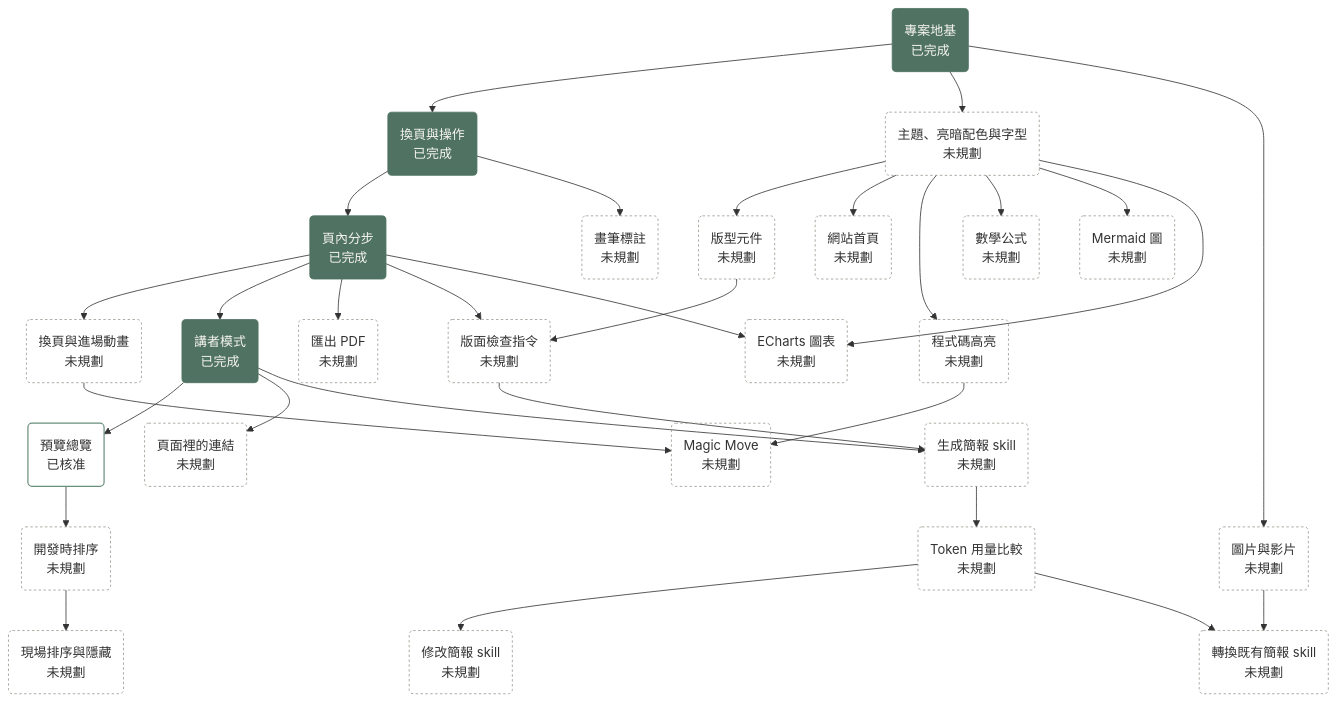
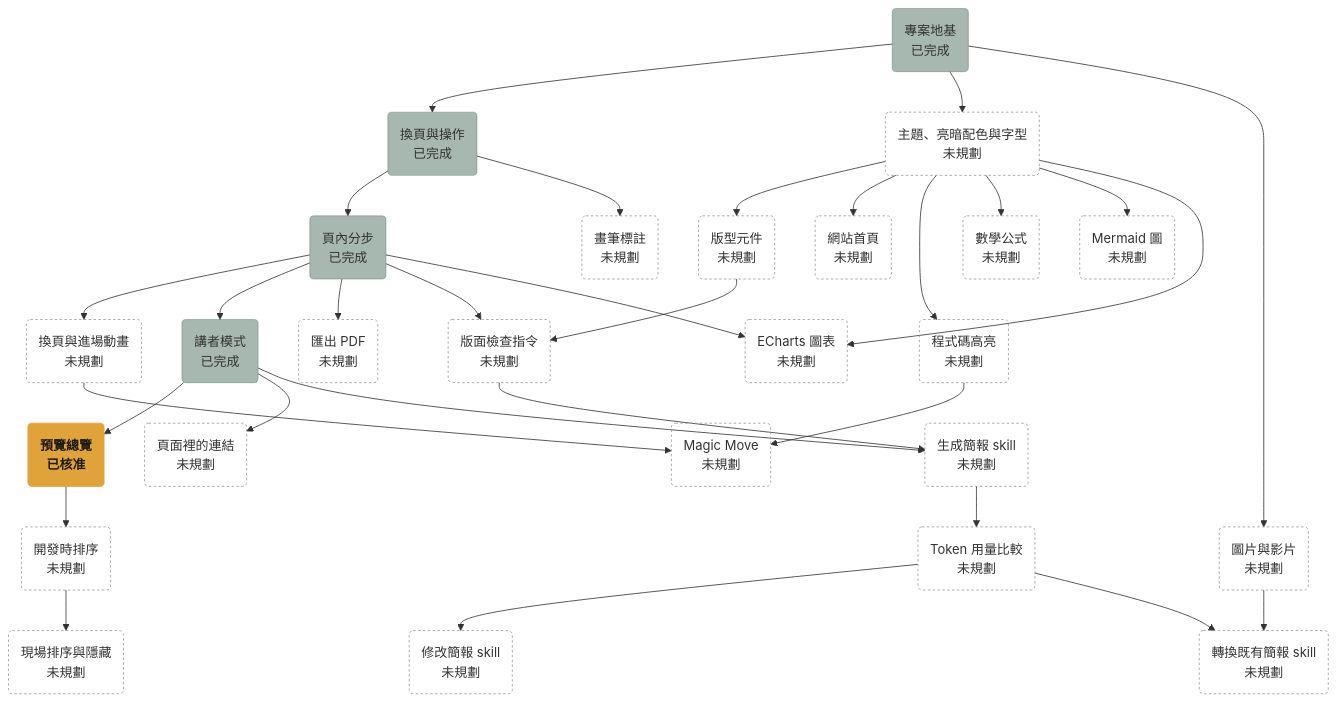
The diagram in docs/plans/roadmap.md (bingyangchen/diapo), drawn with Mermaid before and after one commit. The commit also changed 1 other file, not shown here.

Commit message:
Highlight approved nodes in the roadmap graph (#21)

````diff
--- a/docs/plans/roadmap.md
+++ b/docs/plans/roadmap.md
@@ -7,48 +7,48 @@
 ```mermaid
 flowchart TD
   foundation("專案地基<br/>已完成"):::done
   navigation("換頁與操作<br/>已完成"):::done
   steps("頁內分步<br/>已完成"):::done
   transitions("換頁與進場動畫<br/>未規劃"):::unplanned
   magic_move("Magic Move<br/>未規劃"):::unplanned
   overview("預覽總覽<br/>已核准"):::approved
   dev_reorder("開發時排序<br/>未規劃"):::unplanned
   onsite_reorder("現場排序與隱藏<br/>未規劃"):::unplanned
   annotation("畫筆標註<br/>未規劃"):::unplanned
   page_links("頁面裡的連結<br/>未規劃"):::unplanned
   presenter_mode("講者模式<br/>已完成"):::done
   theme("主題、亮暗配色與字型<br/>未規劃"):::unplanned
   layouts("版型元件<br/>未規劃"):::unplanned
   media("圖片與影片<br/>未規劃"):::unplanned
   code_highlight("程式碼高亮<br/>未規劃"):::unplanned
   math("數學公式<br/>未規劃"):::unplanned
   mermaid_diagram("Mermaid 圖<br/>未規劃"):::unplanned
   charts("ECharts 圖表<br/>未規劃"):::unplanned
   pdf_export("匯出 PDF<br/>未規劃"):::unplanned
   site_home("網站首頁<br/>未規劃"):::unplanned
   layout_check("版面檢查指令<br/>未規劃"):::unplanned
   skill_generate("生成簡報 skill<br/>未規劃"):::unplanned
   token_benchmark("Token 用量比較<br/>未規劃"):::unplanned
   skill_modify("修改簡報 skill<br/>未規劃"):::unplanned
   skill_convert("轉換既有簡報 skill<br/>未規劃"):::unplanned
   foundation --> navigation --> steps --> transitions --> magic_move
   presenter_mode --> overview --> dev_reorder --> onsite_reorder
   navigation --> annotation
   presenter_mode --> page_links
   steps --> presenter_mode --> skill_generate
   steps --> pdf_export
   steps --> layout_check
   foundation --> theme --> layouts --> layout_check --> skill_generate
   skill_generate --> token_benchmark --> skill_modify
   token_benchmark --> skill_convert
   foundation --> media --> skill_convert
   theme --> site_home
   theme --> code_highlight --> magic_move
   theme --> math
   theme --> mermaid_diagram
   theme --> charts
   steps --> charts
-  classDef done fill:#4f7262,stroke:#4f7262,color:#f7f5f0
-  classDef approved fill:none,stroke:#6b8f7e,stroke-width:1.5px
+  classDef done fill:#4f726280,stroke:#4f726280
+  classDef approved fill:#e0a33a,stroke:#e0a33a,color:#1f1a12,font-weight:bold
   classDef unplanned fill:none,stroke:#9a978f,stroke-dasharray:3 3
 ```
````
